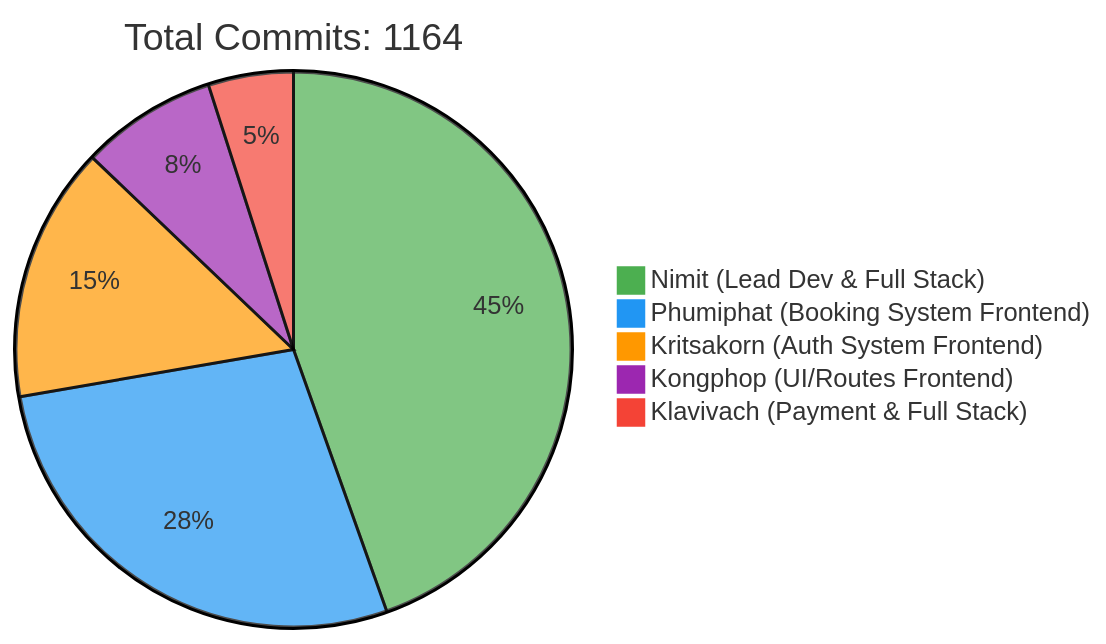
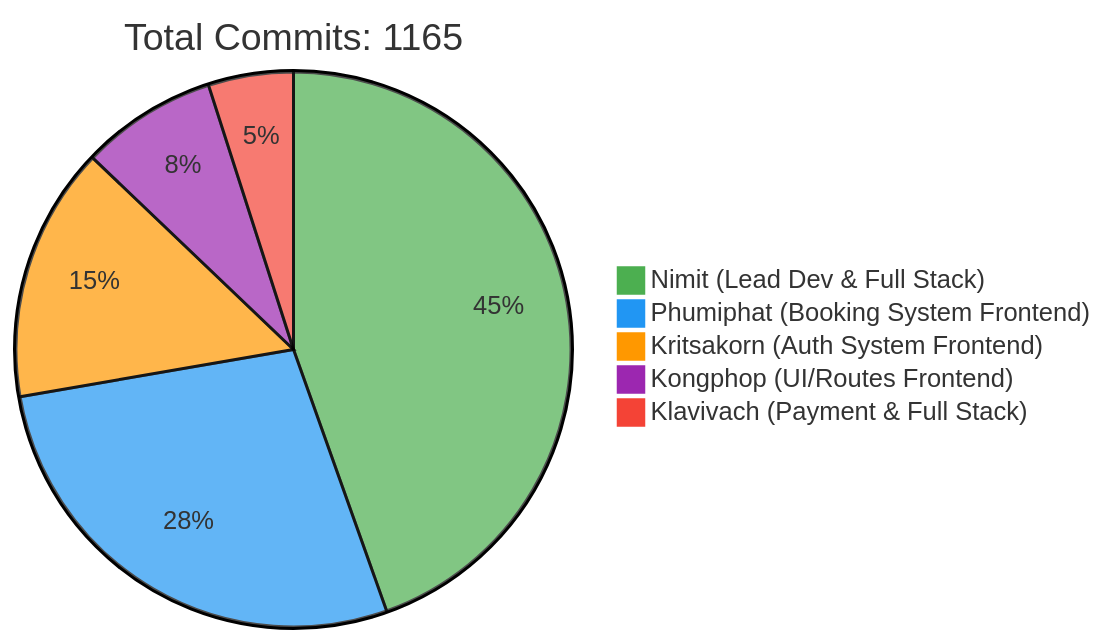
One commit to 6531503042/Sport-Complex changed the first of 2 diagrams in README.md. Above: the diagram before and after it, drawn with Mermaid. The commit also changed other lines of this file, not shown here.

Commit message:
docs: Update contributor statistics [skip ci]

````diff
--- a/README.md
+++ b/README.md
@@ -257,10 +257,10 @@
 ```mermaid
 %%{init: {'theme': 'base', 'themeVariables': { 'pie1': '#4CAF50', 'pie2': '#2196F3', 'pie3': '#FF9800', 'pie4': '#9C27B0', 'pie5': '#F44336'}}}%%
 pie
-    title Total Commits: 1164
+    title Total Commits: 1165
     "Nimit (Lead Dev & Full Stack)" : 450
     "Phumiphat (Booking System Frontend)" : 280
     "Kritsakorn (Auth System Frontend)" : 150
     "Kongphop (UI/Routes Frontend)" : 80
     "Klavivach (Payment & Full Stack)" : 50
 ```
````
